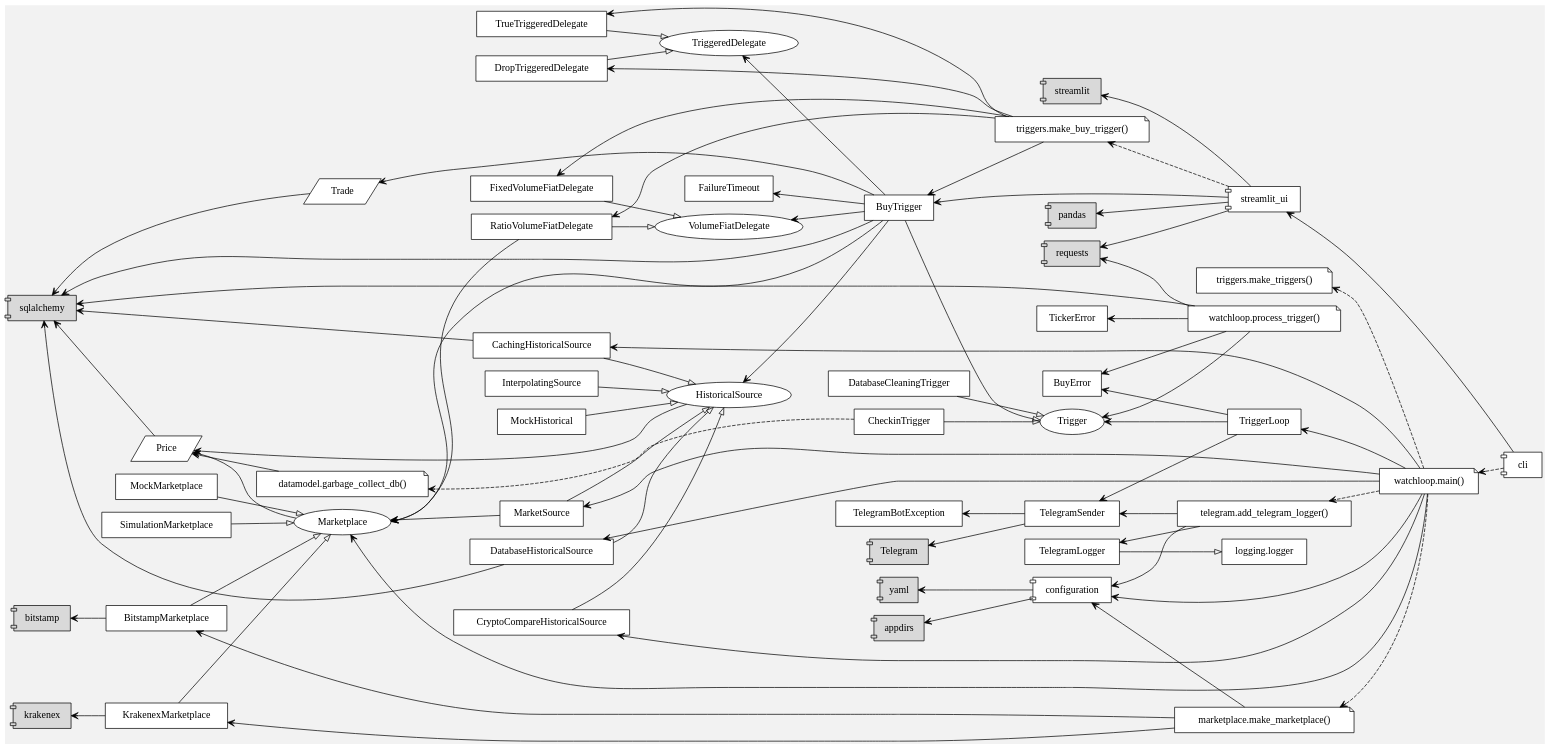
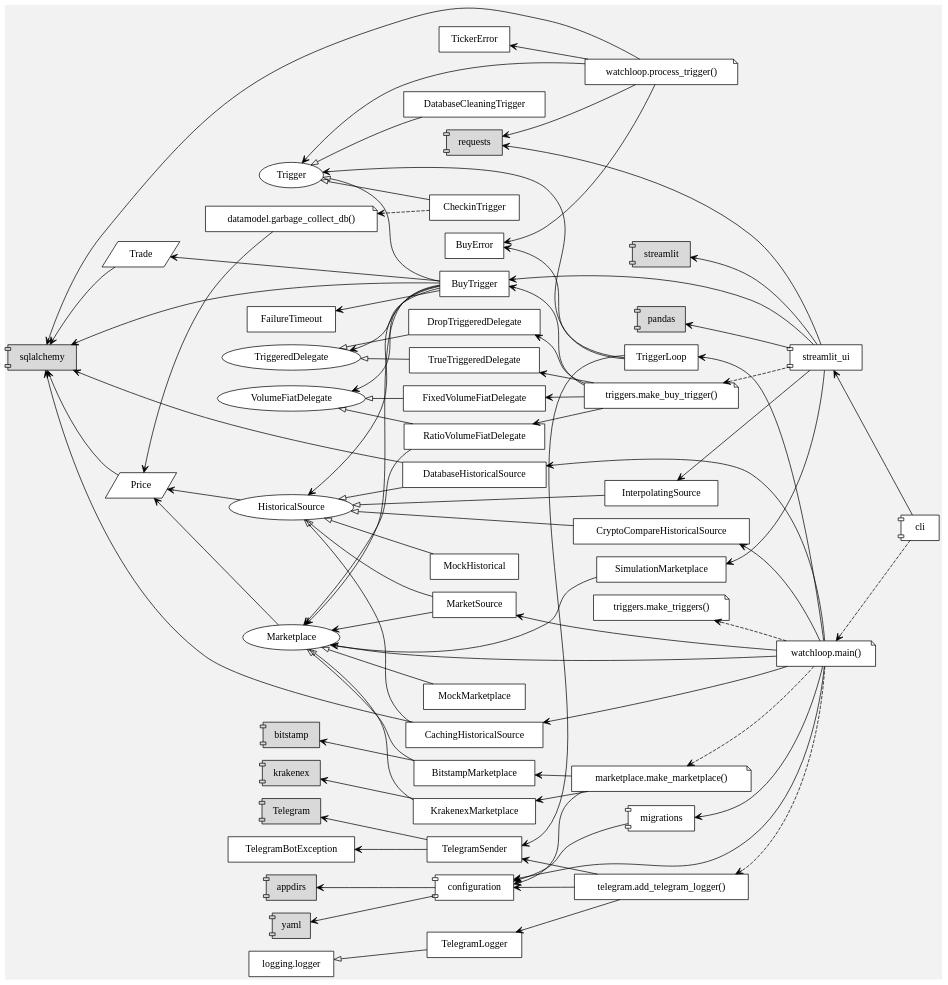
One commit to martin-ueding/vigilant-crypto-snatch changed the diagram in docs/dev/graphs/old_architecture.dot. Above: the diagram before and after it, drawn with Graphviz. The commit also changed 1 other file, not shown here.

```diff
--- a/docs/dev/graphs/old_architecture.dot
+++ b/docs/dev/graphs/old_architecture.dot
@@ -1,174 +1,179 @@
 digraph {
 
 bgcolor = gray95
 rankdir = RL
 overlap = false
 
 node [style=filled, fillcolor=white, shape=box]
 
 {
 node [shape=parallelogram]
 
 "Price"
 "Trade"
 
 }
 
 {
 node [shape=box]
 
 "BitstampMarketplace"
 "KrakenexMarketplace"
 "TelegramBotException"
 "TelegramSender"
 "FailureTimeout"
 "TriggerLoop"
 "BuyError"
 
 }
 
 {
 node [shape=ellipse]
 
 "HistoricalSource"
 "Marketplace"
 "TriggeredDelegate"
 "VolumeFiatDelegate"
 "Trigger"
 
 }
 
 {
 node [shape=component]
 
 "streamlit_ui"
 "configuration"
 "cli"
+"migrations"
 
 }
 
 {
 node [shape=component, style=filled, fillcolor=gray85]
 
 "bitstamp"
 "krakenex"
 "sqlalchemy"
 "Telegram"
 "requests"
 "appdirs"
 "streamlit"
 "pandas"
 "yaml"
 
 }
 
 {
 node [shape=note]
 
 "watchloop.process_trigger()"
 "watchloop.main()"
 "marketplace.make_marketplace()"
 "triggers.make_triggers()"
 "datamodel.garbage_collect_db()"
 "triggers.make_buy_trigger()"
 
 }
 
 {
 edge [arrowhead=vee]
 
 "BitstampMarketplace" -> "bitstamp"
 "CachingHistoricalSource" -> "sqlalchemy"
 "DatabaseHistoricalSource" -> "sqlalchemy"
 "KrakenexMarketplace" -> "krakenex"
 "MarketSource" -> "Marketplace"
 "Price" -> "sqlalchemy"
 "Trade" -> "sqlalchemy"
 "TelegramSender" -> "Telegram"
 "RatioVolumeFiatDelegate" -> "Marketplace"
 "TriggerLoop" -> "Trigger"
 "TriggerLoop" -> "TelegramSender"
 "TriggerLoop" -> "BuyError"
 "watchloop.process_trigger()" -> "TickerError"
 "watchloop.process_trigger()" -> "BuyError"
 "watchloop.process_trigger()" -> "requests"
 "watchloop.process_trigger()" -> "Trigger"
 "watchloop.process_trigger()" -> "sqlalchemy"
 "watchloop.main()" -> "Marketplace"
 "watchloop.main()" -> "CryptoCompareHistoricalSource"
 "watchloop.main()" -> "MarketSource"
 "watchloop.main()" -> "CachingHistoricalSource"
 "watchloop.main()" -> "DatabaseHistoricalSource"
 "watchloop.main()" -> "TriggerLoop"
 "TelegramSender" -> "TelegramBotException"
 "datamodel.garbage_collect_db()" -> "Price"
 "HistoricalSource" -> "Price"
 "Marketplace" -> "Price"
 "BuyTrigger" -> "Trade"
 "BuyTrigger" -> "FailureTimeout"
 "configuration" -> "appdirs"
 "configuration" -> "yaml"
 "watchloop.main()" -> "configuration"
 "telegram.add_telegram_logger()" -> "configuration"
 "marketplace.make_marketplace()" -> "BitstampMarketplace"
 "marketplace.make_marketplace()" -> "KrakenexMarketplace"
 "marketplace.make_marketplace()" -> "configuration"
 "telegram.add_telegram_logger()" -> "TelegramLogger"
 "telegram.add_telegram_logger()" -> "TelegramSender"
 "streamlit_ui" -> "streamlit"
 "streamlit_ui" -> "requests"
 "streamlit_ui" -> "pandas"
 "streamlit_ui" -> "BuyTrigger"
 "triggers.make_buy_trigger()" -> "DropTriggeredDelegate"
 "triggers.make_buy_trigger()" -> "TrueTriggeredDelegate"
 "triggers.make_buy_trigger()" -> "FixedVolumeFiatDelegate"
 "triggers.make_buy_trigger()" -> "RatioVolumeFiatDelegate"
 "triggers.make_buy_trigger()" -> "BuyTrigger"
 "BuyTrigger" -> "VolumeFiatDelegate"
 "BuyTrigger" -> "TriggeredDelegate"
 "BuyTrigger" -> "sqlalchemy"
 "BuyTrigger" -> "HistoricalSource"
 "BuyTrigger" -> "Marketplace"
 "cli" -> "streamlit_ui"
+"migrations" -> "configuration"
+"watchloop.main()" -> "migrations"
+"streamlit_ui" -> "InterpolatingSource"
+"streamlit_ui" -> "SimulationMarketplace"
 
 }
 
 
 
 {
 edge [arrowhead=vee, style=dashed]
 
 "CheckinTrigger" -> "datamodel.garbage_collect_db()"
 "watchloop.main()" -> "marketplace.make_marketplace()"
 "watchloop.main()" -> "triggers.make_triggers()"
 "watchloop.main()" -> "telegram.add_telegram_logger()"
 "streamlit_ui" -> "triggers.make_buy_trigger()"
 "cli" -> "watchloop.main()"
 
 }
 
 {
-edge [arrowtail=onormal, dir=back]
+edge [arrowhead=onormal]
 
-"HistoricalSource" -> "CachingHistoricalSource"
-"HistoricalSource" -> "CryptoCompareHistoricalSource"
-"HistoricalSource" -> "DatabaseHistoricalSource"
-"HistoricalSource" -> "MarketSource"
-"Marketplace" -> "BitstampMarketplace"
-"Marketplace" -> "KrakenexMarketplace"
-"logging.logger" -> "TelegramLogger"
-"TriggeredDelegate" -> "DropTriggeredDelegate"
-"TriggeredDelegate" -> "TrueTriggeredDelegate"
-"VolumeFiatDelegate" -> "FixedVolumeFiatDelegate"
-"VolumeFiatDelegate" -> "RatioVolumeFiatDelegate"
-"Trigger" -> "BuyTrigger"
-"Trigger" -> "CheckinTrigger"
-"Trigger" -> "DatabaseCleaningTrigger"
-"HistoricalSource" -> "InterpolatingSource"
-"Marketplace" -> "SimulationMarketplace"
-"Marketplace" -> "MockMarketplace"
-"HistoricalSource" -> "MockHistorical"
+"CachingHistoricalSource" -> "HistoricalSource"
+"CryptoCompareHistoricalSource" -> "HistoricalSource"
+"DatabaseHistoricalSource" -> "HistoricalSource"
+"MarketSource" -> "HistoricalSource"
+"BitstampMarketplace" -> "Marketplace"
+"KrakenexMarketplace" -> "Marketplace"
+"TelegramLogger" -> "logging.logger"
+"DropTriggeredDelegate" -> "TriggeredDelegate"
+"TrueTriggeredDelegate" -> "TriggeredDelegate"
+"FixedVolumeFiatDelegate" -> "VolumeFiatDelegate"
+"RatioVolumeFiatDelegate" -> "VolumeFiatDelegate"
+"BuyTrigger" -> "Trigger"
+"CheckinTrigger" -> "Trigger"
+"DatabaseCleaningTrigger" -> "Trigger"
+"InterpolatingSource" -> "HistoricalSource"
+"SimulationMarketplace" -> "Marketplace"
+"MockMarketplace" -> "Marketplace"
+"MockHistorical" -> "HistoricalSource"
 
 }
 
 } 
```
